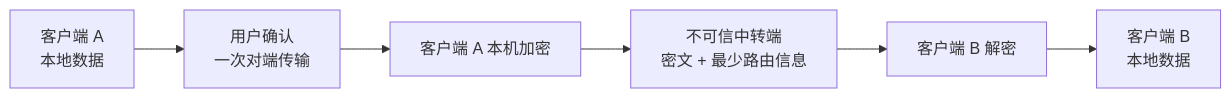
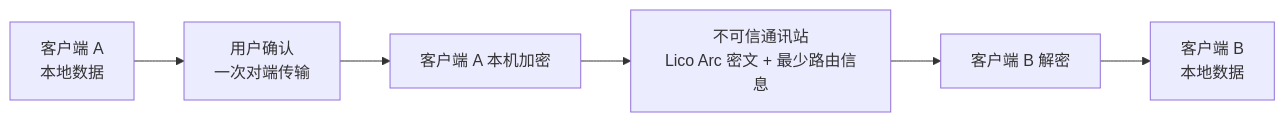
One commit to LicoLand/LicoUp changed the diagram in README.zh-CN.md. Above: the diagram before and after it, drawn with Mermaid. The commit also changed other lines of this file and 1363 other files, not shown here.

````diff
--- a/README.zh-CN.md
+++ b/README.zh-CN.md
@@ -65,8 +80,8 @@
 ```mermaid
 flowchart LR
     A["客户端 A<br/>本地数据"] --> B["用户确认<br/>一次对端传输"]
     B --> C["客户端 A 本机加密"]
-    C --> D["不可信中转端<br/>密文 + 最少路由信息"]
+    C --> D["不可信通讯站<br/>Lico Arc 密文 + 最少路由信息"]
     D --> E["客户端 B 解密"]
     E --> F["客户端 B<br/>本地数据"]
 ```
````
